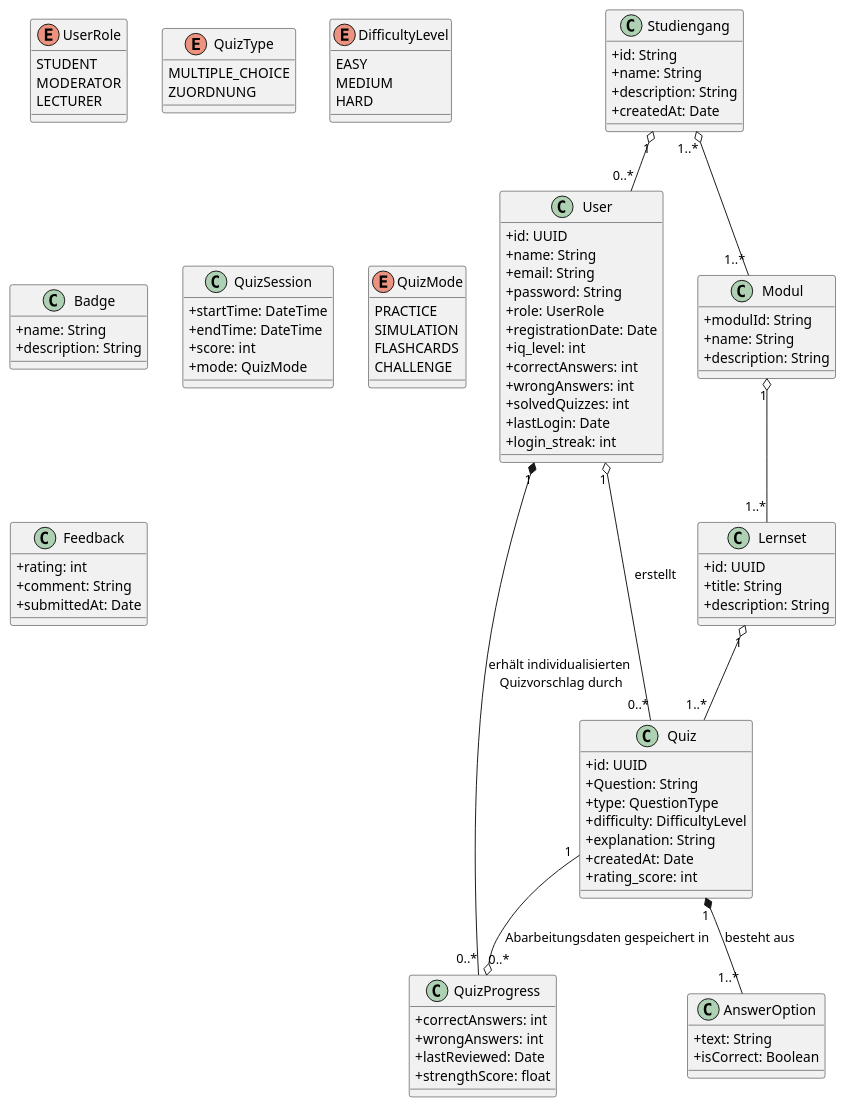
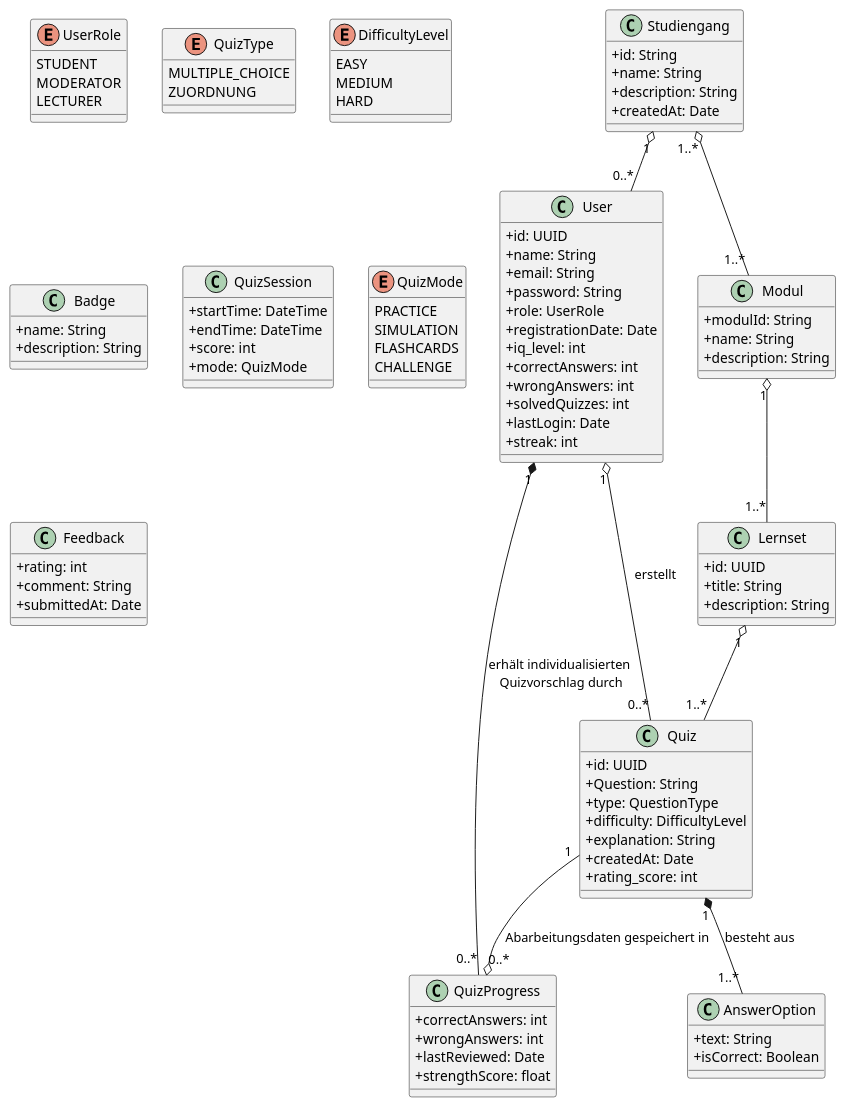
The diagram in docs/requirements/images/dommodell.puml (Gorg-tech/StudIQ), drawn with PlantUML before and after one commit.

Commit message:
login_streak -> streak
Umbenannt, da es Tage mit Quiz-Aktivität zählt, nicht Logins.

```diff
--- a/docs/requirements/images/dommodell.puml
+++ b/docs/requirements/images/dommodell.puml
@@ -1,131 +1,131 @@
 @startuml
 skinparam classAttributeIconSize 0
 
 ' ----------------------------
 '      Entitäten / Klassen
 ' ----------------------------
 
 class User {
   +id: UUID
   +name: String
   +email: String
   +password: String
   +role: UserRole
   +registrationDate: Date
   +iq_level: int
   +correctAnswers: int
   +wrongAnswers: int
   +solvedQuizzes: int 
   +lastLogin: Date
   'zusätzliche Speicherung der solvedQuizzes, 
   'da bei Referenz auf Quiz nach Löschen dieses Probleme entstehen
-  +login_streak: int
+  +streak: int
 }
 
 enum UserRole {
   STUDENT
   MODERATOR
   LECTURER
 }
 
 class Modul {
   +modulId: String
   +name: String
   '+semester: String
   +description: String
 }
 
 class Lernset {
   +id: UUID
   +title: String
   +description: String
 }
 
 class Quiz {
   +id: UUID
   +Question: String
   +type: QuestionType
   +difficulty: DifficultyLevel
   +explanation: String
   +createdAt: Date
   +rating_score: int
 }
 
 enum QuizType {
   MULTIPLE_CHOICE
   'FREITEXT
   ZUORDNUNG
 }
 
 enum DifficultyLevel {
   EASY
   MEDIUM
   HARD
 }
 
 class AnswerOption {
   +text: String
   +isCorrect: Boolean
 }
 
 class QuizProgress {
   +correctAnswers: int
   +wrongAnswers: int
   +lastReviewed: Date
   +strengthScore: float
 }
 
 class Badge {
   +name: String
   +description: String
 }
 
 class QuizSession {
   +startTime: DateTime
   +endTime: DateTime
   +score: int
   +mode: QuizMode
 }
 
 enum QuizMode {
   PRACTICE
   SIMULATION
   FLASHCARDS
   CHALLENGE
 }
 
 class Feedback {
   +rating: int
   +comment: String
   +submittedAt: Date
 }
 
 class Studiengang {
   +id: String
   +name: String
   +description: String
   +createdAt: Date
 }
 
 
 ' ----------------------------
 '      Beziehungen
 ' ----------------------------
 User "1" *-- "0..*" QuizProgress : erhält individualisierten\n Quizvorschlag durch
 'User "1" *-- "0..*" QuizSession
 'User "1" o-- "0..*" Feedback
 'User "1" o-- "0..*" Badge
 User "1" o-- "0..*" Quiz : erstellt
 Studiengang "1" o-- "0..*" User
 
 'User "1" -- "0..*" StudyGroup : istMitglied
 'StudyGroup "1" -- "0..*" QuizSession : gemeinsameQuizze
 
 Modul "1" o-- "1..*" Lernset
 Lernset "1" o-- "1..*" Quiz
 Quiz "1" *-- "1..*" AnswerOption : besteht aus
 'Quiz "1" *-- "0..*" Feedback
 Quiz "1" --o "0..*" QuizProgress : Abarbeitungsdaten gespeichert in
 'Quiz "0..*" -- "1" LearningHistory : Referenz auf 
 Studiengang "1..*" o-- "1..*" Modul 
 @enduml
```
